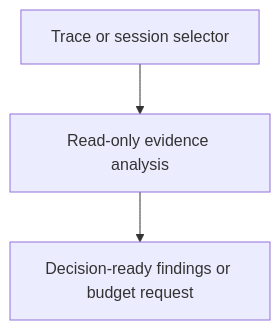
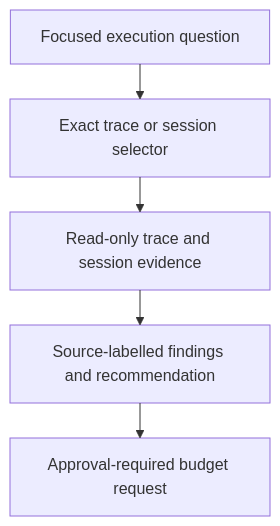
The diagram in agents/execution-advisor/as-is.md (abstract-business-systems/as-is), drawn with Mermaid before and after one commit. The commit also changed other lines of this file and 72 other files, not shown here.

````diff
--- a/agents/execution-advisor/as-is.md
+++ b/agents/execution-advisor/as-is.md
@@ -18,5 +19,11 @@
 ```mermaid
-flowchart TD
-    A["Trace or session selector"] --> B["Read-only evidence analysis"]
-    B --> C["Decision-ready findings or budget request"]
+---
+config:
+  layout: elk
+---
+flowchart TB
+    Question["Focused execution question"] --> Selector["Exact trace or session selector"]
+    Selector --> Evidence["Read-only trace and session evidence"]
+    Evidence --> Findings["Source-labelled findings and recommendation"]
+    Findings --> Request["Approval-required budget request"]
 ```
````
